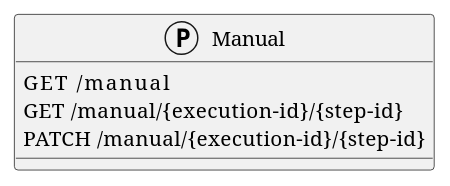
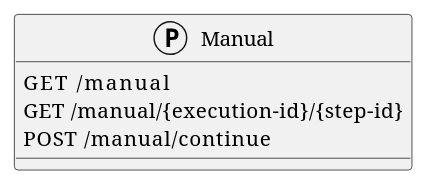
One commit to COSSAS/SOARCA changed the first of 4 diagrams in docs/content/en/docs/core-components/api-manual.md. Above: the diagram before and after it, drawn with PlantUML. The commit also changed other lines of this file and 6 other files, not shown here.

````diff
--- a/docs/content/en/docs/core-components/api-manual.md
+++ b/docs/content/en/docs/core-components/api-manual.md
@@ -16,9 +16,9 @@
 ```plantuml
 @startuml
 protocol Manual {
     GET     /manual
     GET     /manual/{execution-id}/{step-id}
-    PATCH    /manual/{execution-id}/{step-id}
+    POST    /manual/continue
 }
 @enduml
 ```
````
